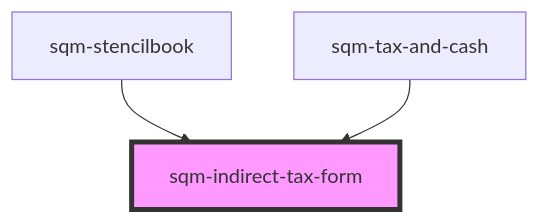
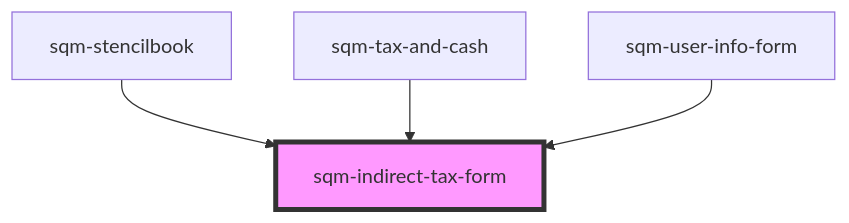
One commit to saasquatch/program-tools changed the diagram in packages/mint-components/src/components/tax-and-cash/sqm-indirect-tax-form/readme.md. Above: the diagram before and after it, drawn with Mermaid. The commit also changed other lines of this file and 11 other files, not shown here.

````diff
--- a/packages/mint-components/src/components/tax-and-cash/sqm-indirect-tax-form/readme.md
+++ b/packages/mint-components/src/components/tax-and-cash/sqm-indirect-tax-form/readme.md
@@ -51,6 +48,7 @@
 ```mermaid
 graph TD;
   sqm-stencilbook --> sqm-indirect-tax-form
   sqm-tax-and-cash --> sqm-indirect-tax-form
+  sqm-user-info-form --> sqm-indirect-tax-form
   style sqm-indirect-tax-form fill:#f9f,stroke:#333,stroke-width:4px
 ```
````
